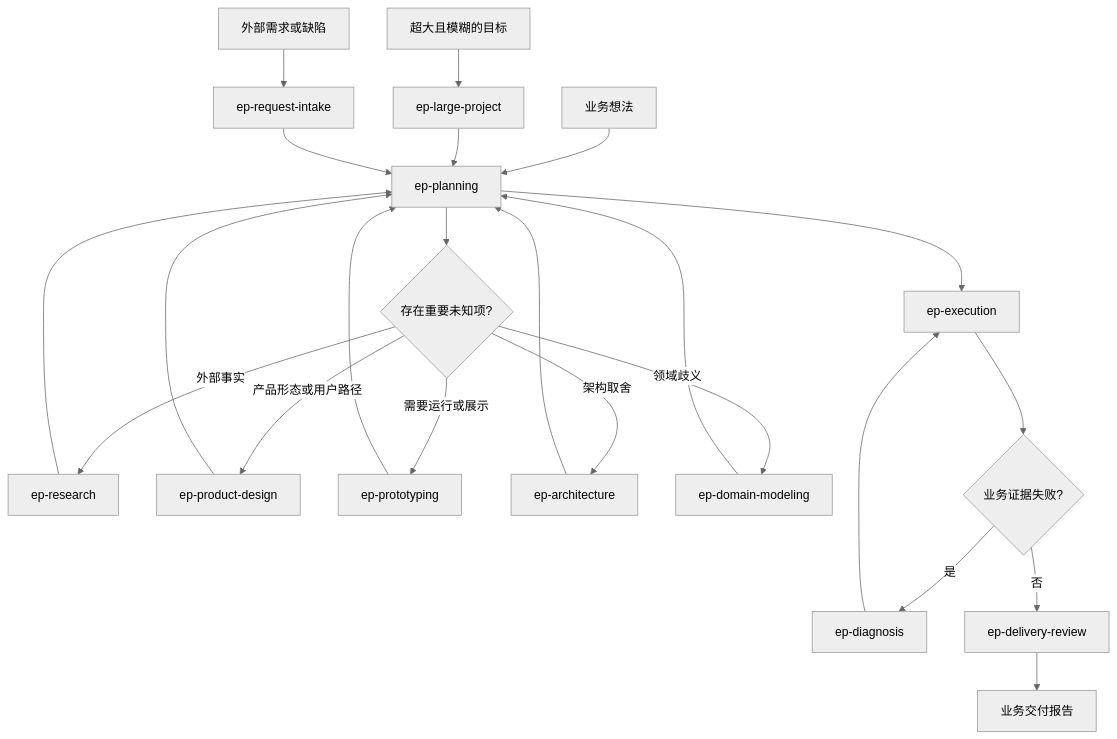
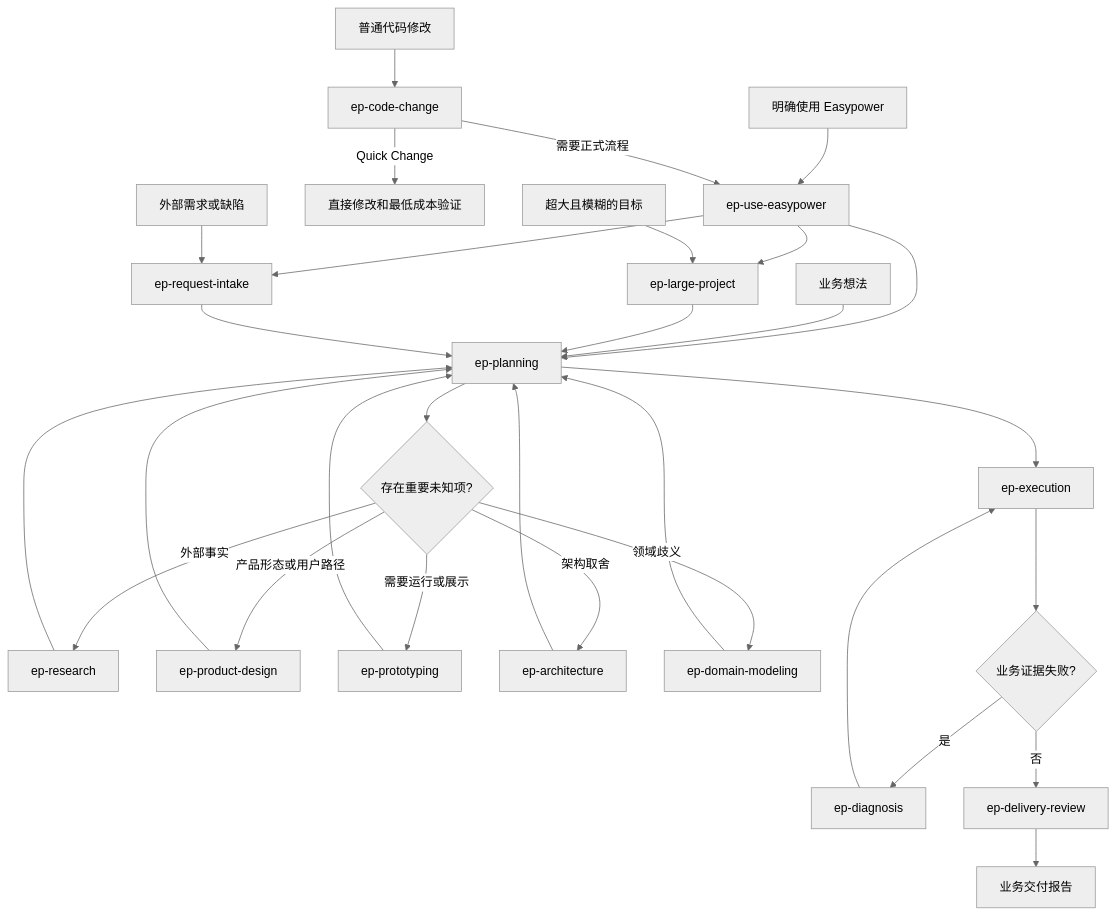
The diagram in SKILL-MAP.md (JeckChen666/Easypower), drawn with Mermaid (neutral theme) before and after one commit. The commit also changed other lines of this file and 8 other files, not shown here.

Commit message:
feat: add Easypower routing and quick changes

````diff
--- a/SKILL-MAP.md
+++ b/SKILL-MAP.md
@@ -40,27 +42,34 @@
 ```mermaid
 flowchart TD
+    U[明确使用 Easypower] --> R0[ep-use-easypower]
+    C0[普通代码修改] --> C1[ep-code-change]
+    C1 -- Quick Change --> C2[直接修改和最低成本验证]
+    C1 -- 需要正式流程 --> R0
+    R0 --> B
+    R0 --> W
+    R0 --> T
     A[业务想法] --> B[ep-planning]
     Z[超大且模糊的目标] --> W[ep-large-project]
     W --> B
     R[外部需求或缺陷] --> T[ep-request-intake]
     T --> B
 
     B --> D{存在重要未知项?}
     D -- 外部事实 --> RS[ep-research]
     D -- 产品形态或用户路径 --> UX[ep-product-design]
     D -- 需要运行或展示 --> P[ep-prototyping]
     D -- 架构取舍 --> A1[ep-architecture]
     D -- 领域歧义 --> M[ep-domain-modeling]
     RS --> B
     UX --> B
     P --> B
     A1 --> B
     M --> B
 
     B --> E[ep-execution]
     E --> F{业务证据失败?}
     F -- 是 --> G[ep-diagnosis]
     G --> E
     F -- 否 --> V[ep-delivery-review]
     V --> H[业务交付报告]
 ```
````
